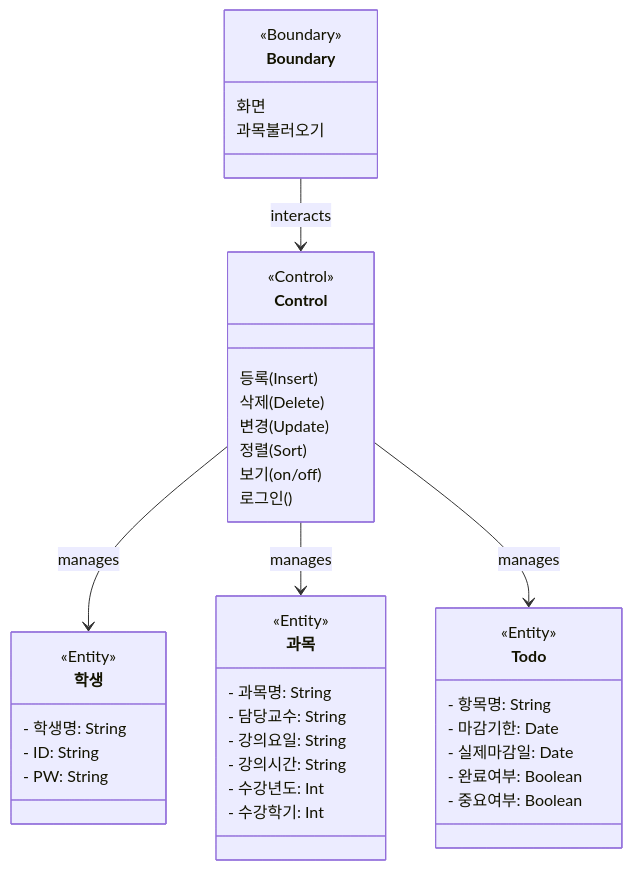
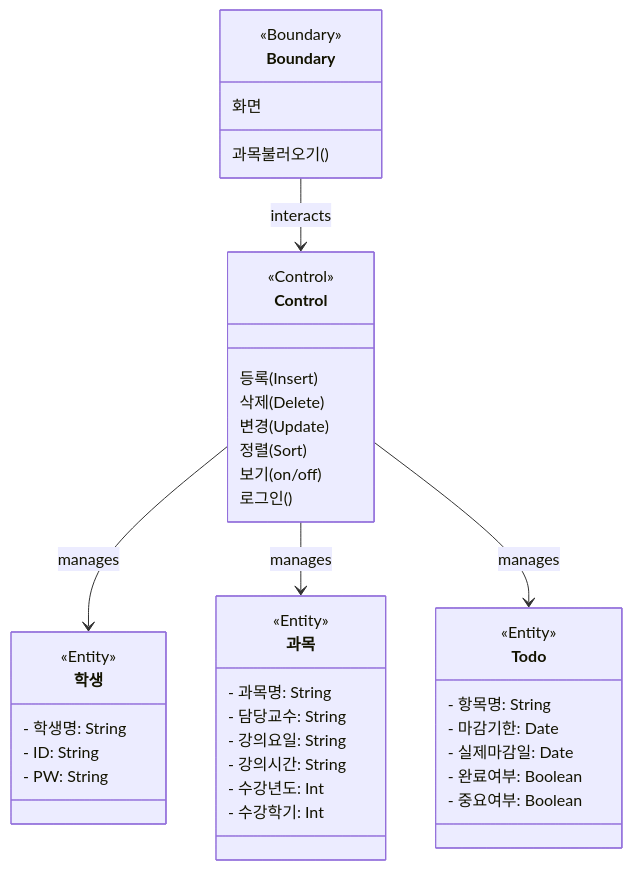
Before and after one commit to tjfdnjfch/classDiagram: the diagram in classDiagram.mmd, drawn with Mermaid.

```diff
--- a/classDiagram.mmd
+++ b/classDiagram.mmd
@@ -1,47 +1,47 @@
 classDiagram
     class Boundary {
         <<Boundary>>
         화면
-        과목불러오기
+        과목불러오기()
     }
 
     class Control {
         <<Control>>
         등록(Insert)
         삭제(Delete)
         변경(Update)
         정렬(Sort)
         보기(on/off)
         로그인()
     }
 
     class 학생 {
         <<Entity>>
         - 학생명: String
         - ID: String
         - PW: String
     }
 
     class 과목 {
         <<Entity>>
         - 과목명: String
         - 담당교수: String
         - 강의요일: String
         - 강의시간: String
         - 수강년도: Int
         - 수강학기: Int
     }
 
     class Todo {
         <<Entity>>
         - 항목명: String
         - 마감기한: Date
         - 실제마감일: Date
         - 완료여부: Boolean
         - 중요여부: Boolean
     }
 
     Boundary --> Control : interacts
     Control --> 학생 : manages
     Control --> 과목 : manages
     Control --> Todo : manages
```
